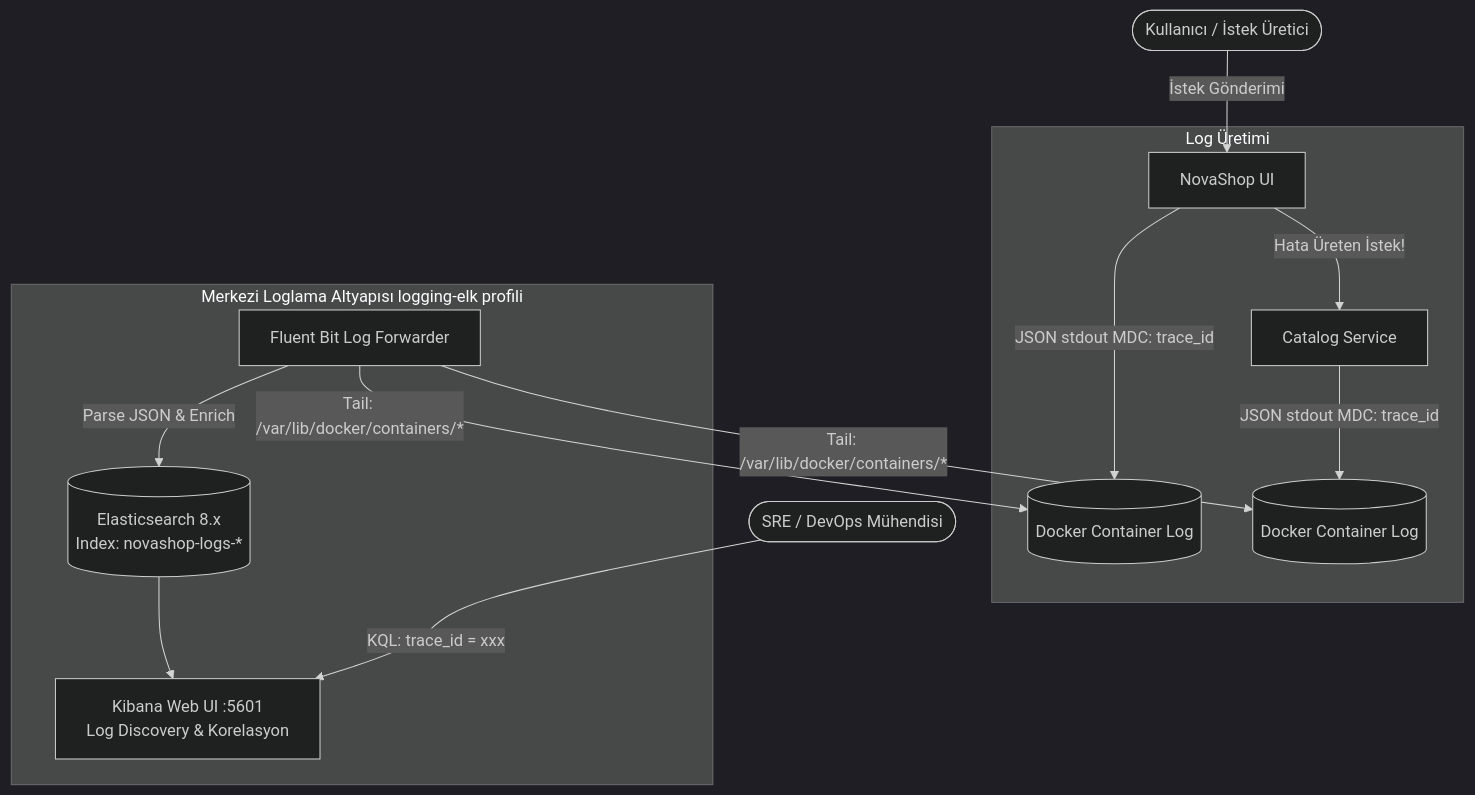
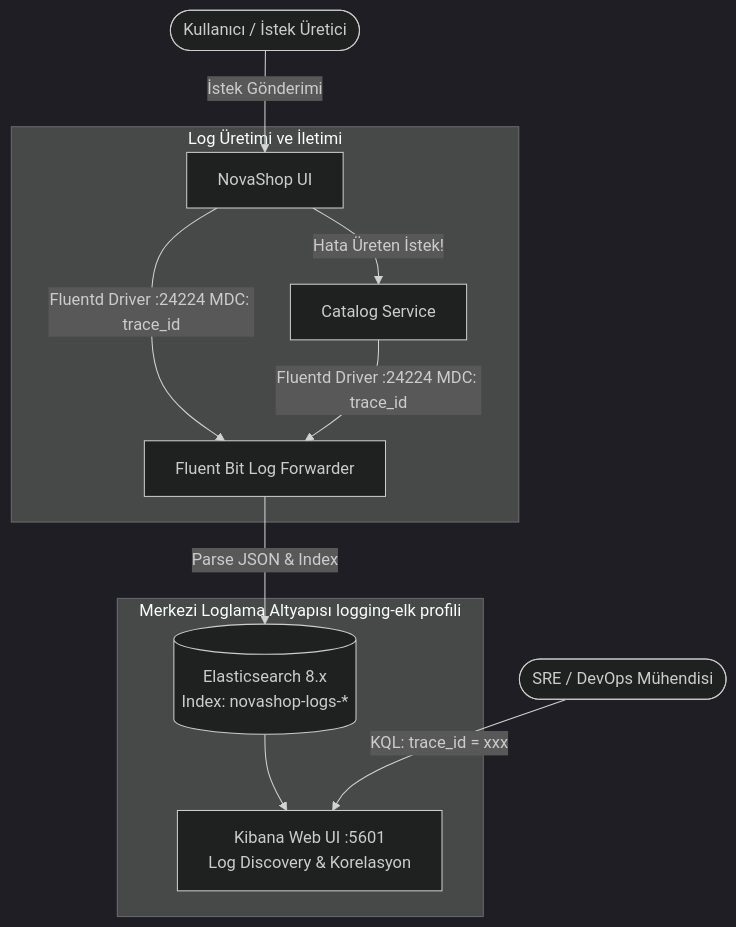
The diagram in docs/labs/LAB-11-CENTRALIZED-LOGGING.md (devopsatolyesi-labs/novashop), drawn with Mermaid (dark theme) before and after one commit. The commit also changed other lines of this file and 17 other files, not shown here.

````diff
--- a/docs/labs/LAB-11-CENTRALIZED-LOGGING.md
+++ b/docs/labs/LAB-11-CENTRALIZED-LOGGING.md
@@ -31,19 +31,17 @@
 ```mermaid
 graph TD
     User([Kullanıcı / İstek Üretici]) -->|İstek Gönderimi| UI[NovaShop UI]
     UI -->|Hata Üreten İstek!| Catalog[Catalog Service]
 
-    subgraph Log Üretimi
-        UI -->|JSON stdout MDC: trace_id| DockerLog1[(Docker Container Log)]
-        Catalog -->|JSON stdout MDC: trace_id| DockerLog2[(Docker Container Log)]
+    subgraph Log Üretimi ve İletimi
+        UI -->|Fluentd Driver :24224 MDC: trace_id| FluentBit[Fluent Bit Log Forwarder]
+        Catalog -->|Fluentd Driver :24224 MDC: trace_id| FluentBit
     end
 
     subgraph Merkezi Loglama Altyapısı logging-elk profili
-        FluentBit[Fluent Bit Log Forwarder] -->|Tail: /var/lib/docker/containers/*| DockerLog1
-        FluentBit -->|Tail: /var/lib/docker/containers/*| DockerLog2
-        FluentBit -->|Parse JSON & Enrich| ES[(Elasticsearch 8.x<br/>Index: novashop-logs-*)]
+        FluentBit -->|Parse JSON & Index| ES[(Elasticsearch 8.x<br/>Index: novashop-logs-*)]
         ES --> Kibana[Kibana Web UI :5601<br/>Log Discovery & Korelasyon]
     end
 
     Engineer([SRE / DevOps Mühendisi]) -->|KQL: trace_id = xxx| Kibana
 ```
````
